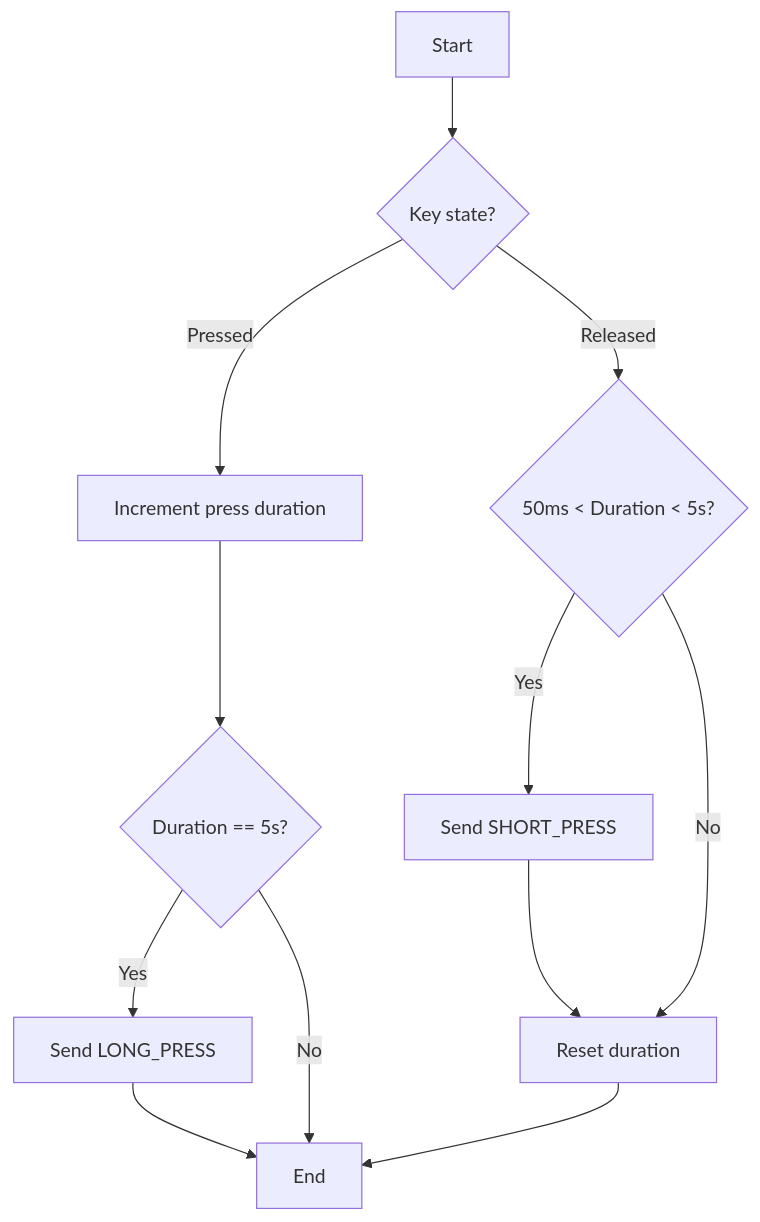
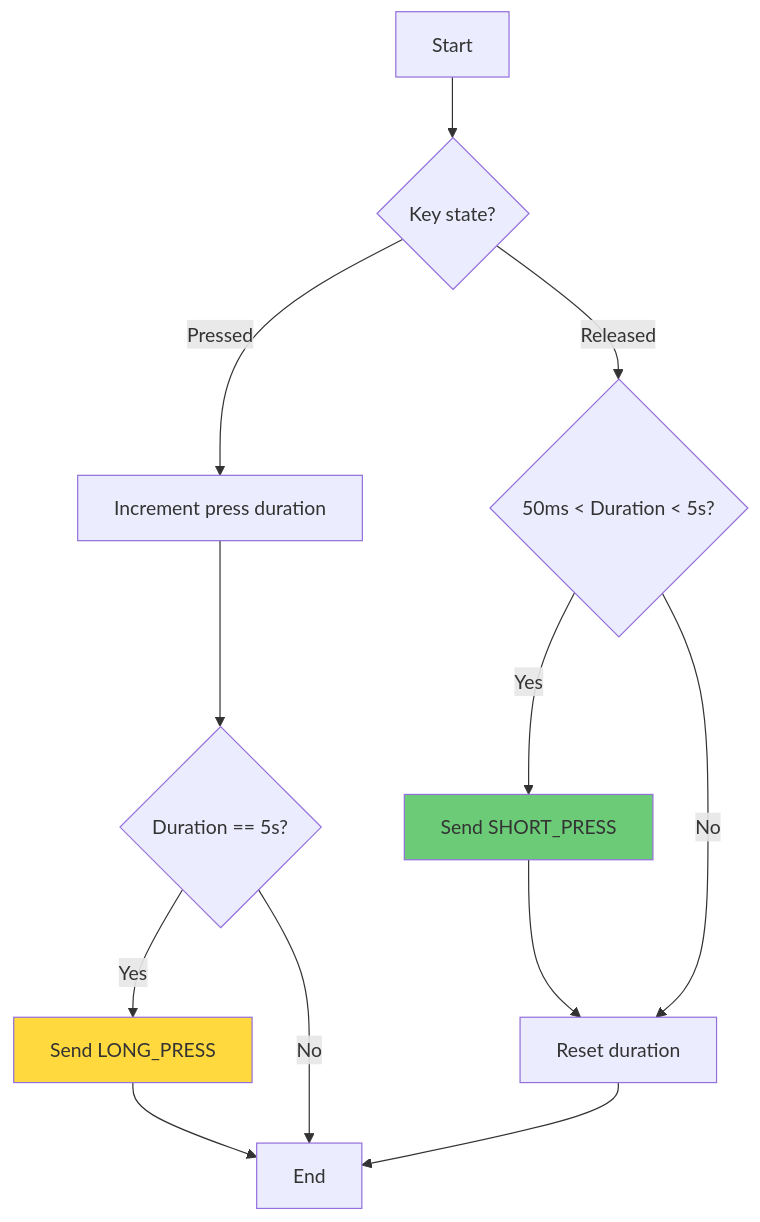
One commit to suhuide/h changed the first of 2 diagrams in files/hc/keyscan.md. Above: the diagram before and after it, drawn with Mermaid. The commit also changed other lines of this file and 10 other files, not shown here.

````diff
--- a/files/hc/keyscan.md
+++ b/files/hc/keyscan.md
@@ -1,15 +3,17 @@
 ```mermaid
 flowchart TD
     A[Start] --> B{Key state?}
     B -->|Pressed| C[Increment press duration]
     C --> D{Duration == 5s?}
     D -->|Yes| E[Send LONG_PRESS]
     E --> Z[End]
     D -->|No| Z
 
     B -->|Released| G{50ms < Duration < 5s?}
     G -->|Yes| H[Send SHORT_PRESS]
     H --> I[Reset duration]
     G -->|No| I
     I --> Z
-```    
+    style H fill:#6bcb77
+    style E fill:#ffd93d    
+``` 
````
